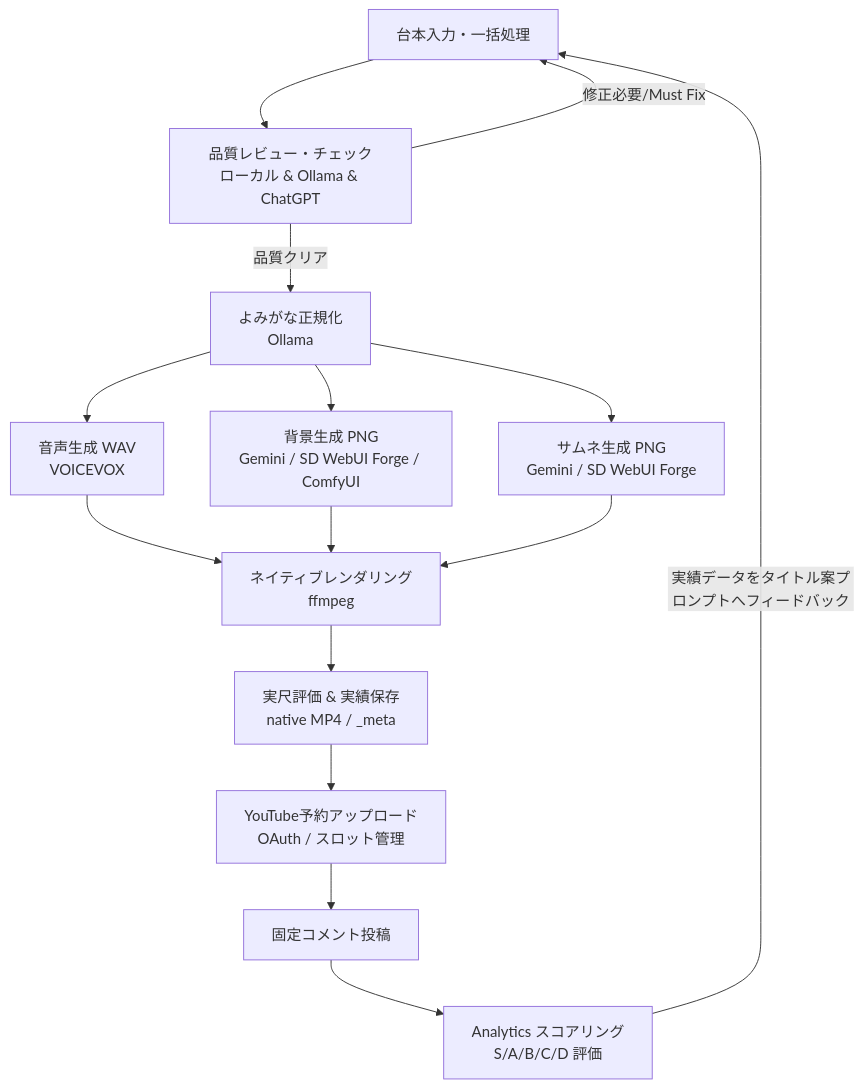
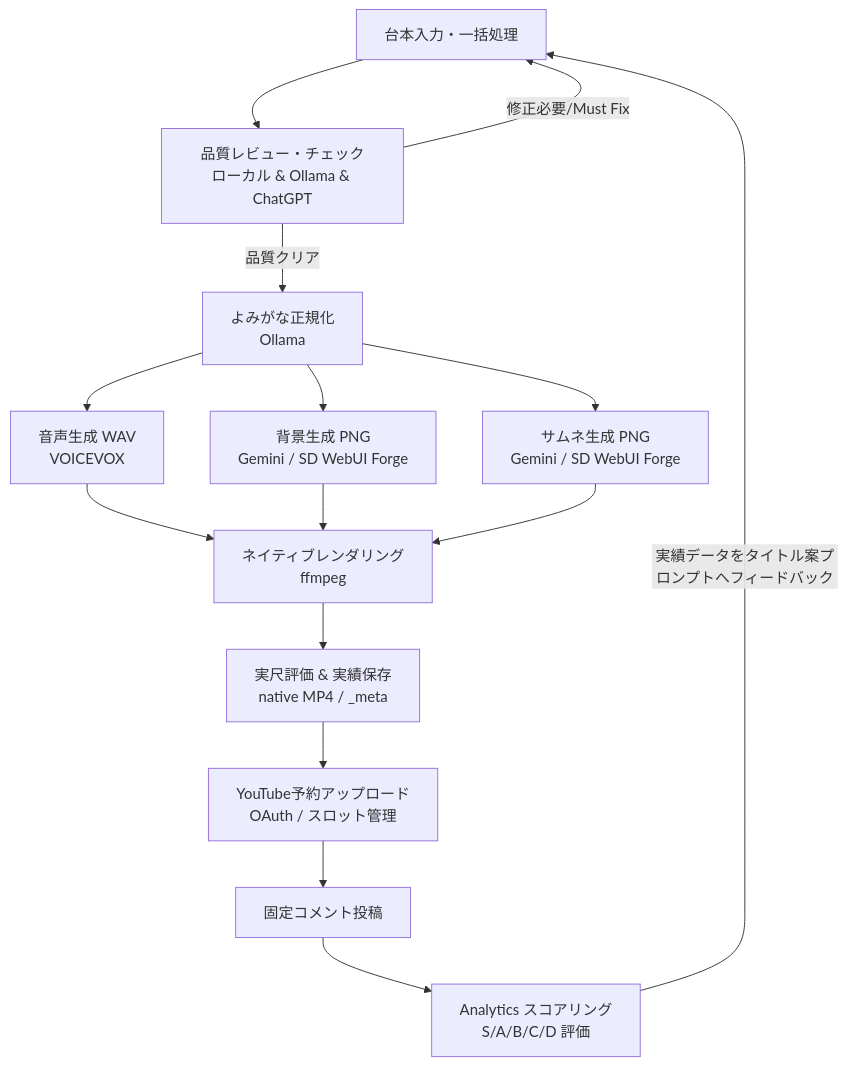
Before and after one commit to benybeny777/PicoCast: the diagram in README.md, drawn with Mermaid. The commit also changed other lines of this file and 33 other files, not shown here.

````diff
--- a/README.md
+++ b/README.md
@@ -12,17 +12,17 @@
 ```mermaid
 graph TD
     A[台本入力・一括処理] --> B[品質レビュー・チェック<br/>ローカル & Ollama & ChatGPT]
     B -->|修正必要/Must Fix| A
     B -->|品質クリア| C[よみがな正規化<br/>Ollama]
     C --> D[音声生成 WAV<br/>VOICEVOX]
-    C --> E[背景生成 PNG<br/>Gemini / SD WebUI Forge / ComfyUI]
+    C --> E[背景生成 PNG<br/>Gemini / SD WebUI Forge]
     C --> T[サムネ生成 PNG<br/>Gemini / SD WebUI Forge]
     D --> F[ネイティブレンダリング<br/>ffmpeg]
     E --> F
     T --> F
     F --> G[実尺評価 & 実績保存<br/>native MP4 / _meta]
     G --> H[YouTube予約アップロード<br/>OAuth / スロット管理]
     H --> I[固定コメント投稿]
     I --> J[Analytics スコアリング<br/>S/A/B/C/D 評価]
     J -->|実績データをタイトル案プロンプトへフィードバック| A
 ```
````
